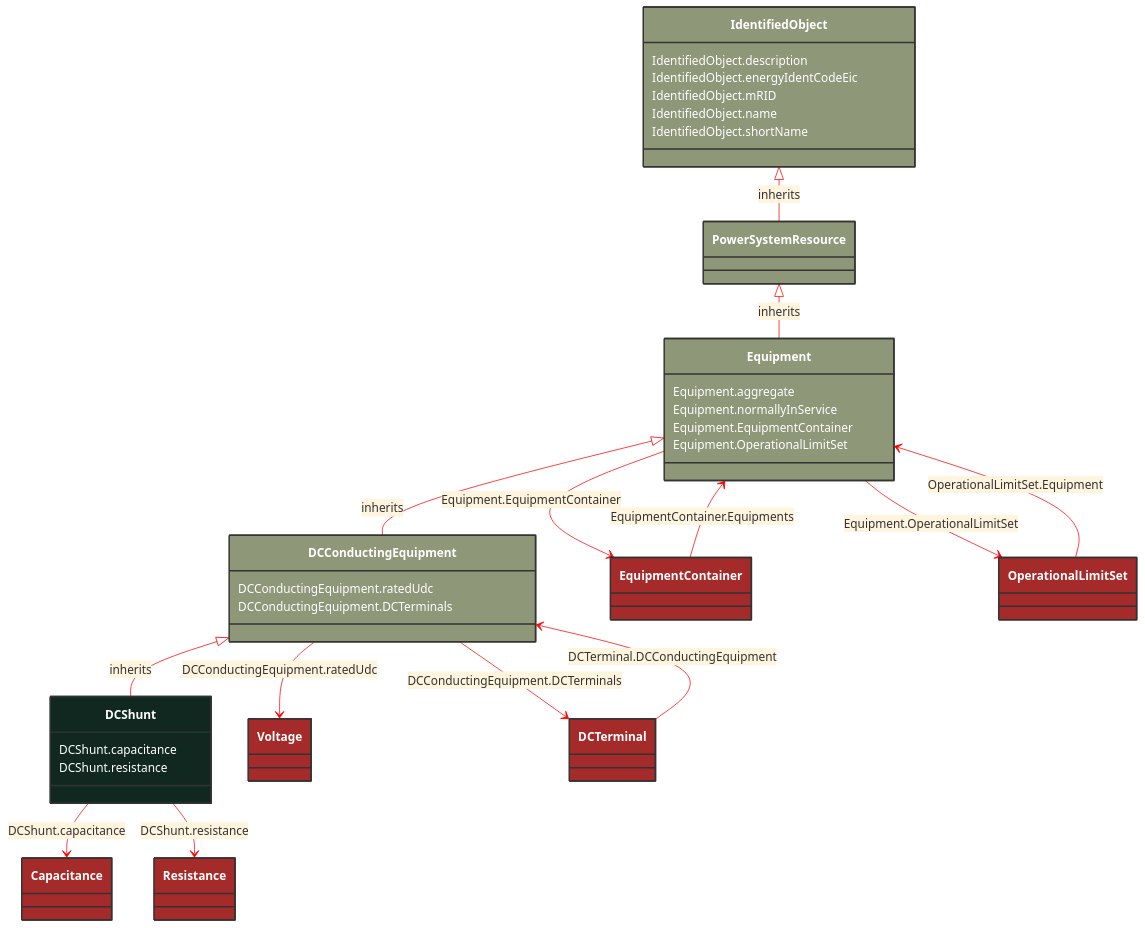
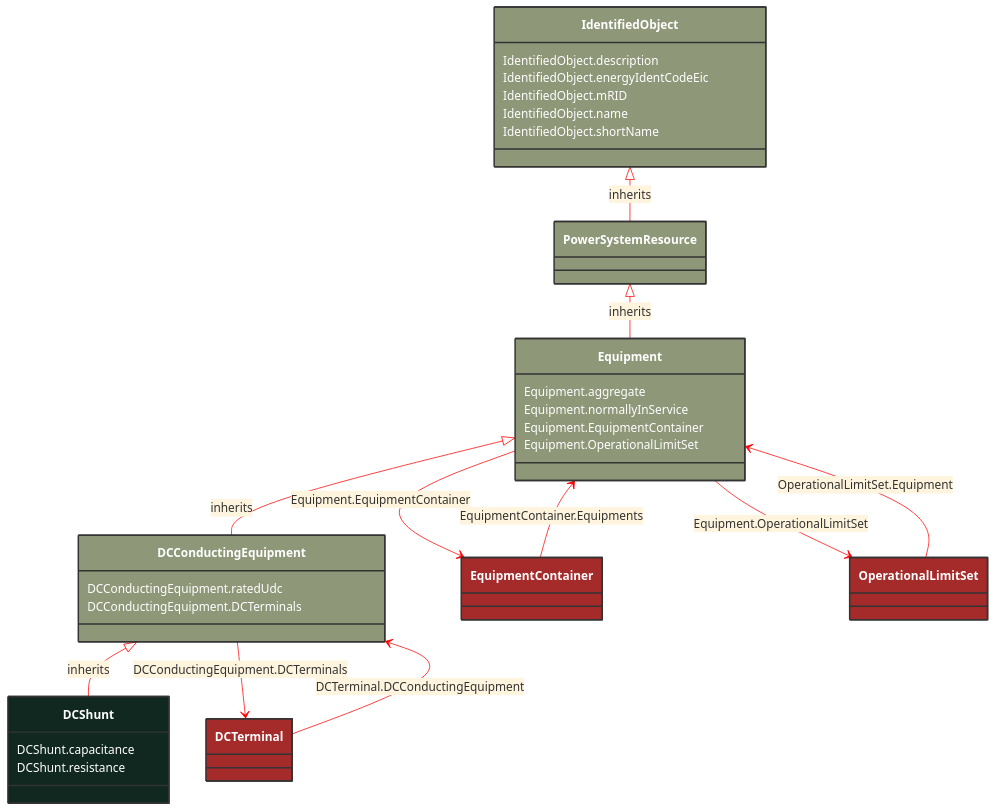
Before and after one commit to 3lbits/NoCIMExtensions: the diagram in docs/Models/Profiles/CoreEquipment/ConcreteClasses/DCShunt.md, drawn with Mermaid. The commit also changed other lines of this file and 397 other files, not shown here.

First line of the commit message:
Refactor CIM schemas to introduce abstract classes and consolidate data types

```diff
--- a/docs/Models/Profiles/CoreEquipment/ConcreteClasses/DCShunt.md
+++ b/docs/Models/Profiles/CoreEquipment/ConcreteClasses/DCShunt.md
@@ -13,36 +13,21 @@
     style DCShunt fill:#102820,stroke:#333,stroke-width:2px,rx:10,ry:10,color:white
      
         DCConductingEquipment <|-- DCShunt : inherits
-            click DCConductingEquipment href "/Models/Profiles/CoreEquipment/ConcreteClasses/DCConductingEquipment/"
+            click DCConductingEquipment href "/Models/Profiles/CoreEquipment/AbstractClasses/DCConductingEquipment/"
             style DCConductingEquipment fill:#8F9779,stroke:#333,stroke-width:2px,rx:10,ry:10,color:white
      
         Equipment <|-- DCConductingEquipment : inherits
-            click Equipment href "/Models/Profiles/CoreEquipment/ConcreteClasses/Equipment/"
+            click Equipment href "/Models/Profiles/CoreEquipment/AbstractClasses/Equipment/"
             style Equipment fill:#8F9779,stroke:#333,stroke-width:2px,rx:10,ry:10,color:white
      
         PowerSystemResource <|-- Equipment : inherits
-            click PowerSystemResource href "/Models/Profiles/CoreEquipment/ConcreteClasses/PowerSystemResource/"
+            click PowerSystemResource href "/Models/Profiles/CoreEquipment/AbstractClasses/PowerSystemResource/"
             style PowerSystemResource fill:#8F9779,stroke:#333,stroke-width:2px,rx:10,ry:10,color:white
      
         IdentifiedObject <|-- PowerSystemResource : inherits
-            click IdentifiedObject href "/Models/Profiles/CoreEquipment/ConcreteClasses/IdentifiedObject/"
+            click IdentifiedObject href "/Models/Profiles/CoreEquipment/AbstractClasses/IdentifiedObject/"
             style IdentifiedObject fill:#8F9779,stroke:#333,stroke-width:2px,rx:10,ry:10,color:white
 
-        DCShunt --> Capacitance : DCShunt.capacitance
-
-        Capacitance
-            click Capacitance href "/Models/Profiles/CoreEquipment/ConcreteClasses/Capacitance/"
-            style Capacitance fill:#A52A2A,stroke:#333,stroke-width:2px,rx:10,ry:10,color:white
-        DCShunt --> Resistance : DCShunt.resistance
-
-        Resistance
-            click Resistance href "/Models/Profiles/CoreEquipment/ConcreteClasses/Resistance/"
-            style Resistance fill:#A52A2A,stroke:#333,stroke-width:2px,rx:10,ry:10,color:white
-        DCConductingEquipment --> Voltage : DCConductingEquipment.ratedUdc
-
-        Voltage
-            click Voltage href "/Models/Profiles/CoreEquipment/ConcreteClasses/Voltage/"
-            style Voltage fill:#A52A2A,stroke:#333,stroke-width:2px,rx:10,ry:10,color:white
         DCConductingEquipment --> DCTerminal : DCConductingEquipment.DCTerminals
 
         DCTerminal
@@ -51,7 +36,7 @@
         Equipment --> EquipmentContainer : Equipment.EquipmentContainer
 
         EquipmentContainer
-            click EquipmentContainer href "/Models/Profiles/CoreEquipment/ConcreteClasses/EquipmentContainer/"
+            click EquipmentContainer href "/Models/Profiles/CoreEquipment/AbstractClasses/EquipmentContainer/"
             style EquipmentContainer fill:#A52A2A,stroke:#333,stroke-width:2px,rx:10,ry:10,color:white
         Equipment --> OperationalLimitSet : Equipment.OperationalLimitSet
 
@@ -68,7 +53,7 @@
         EquipmentContainer --> Equipment : EquipmentContainer.Equipments
 
         EquipmentContainer
-            click EquipmentContainer href "/Models/Profiles/CoreEquipment/ConcreteClasses/EquipmentContainer/"
+            click EquipmentContainer href "/Models/Profiles/CoreEquipment/AbstractClasses/EquipmentContainer/"
             style EquipmentContainer fill:#A52A2A,stroke:#333,stroke-width:2px,rx:10,ry:10,color:white
 
         OperationalLimitSet --> Equipment : OperationalLimitSet.Equipment
```
